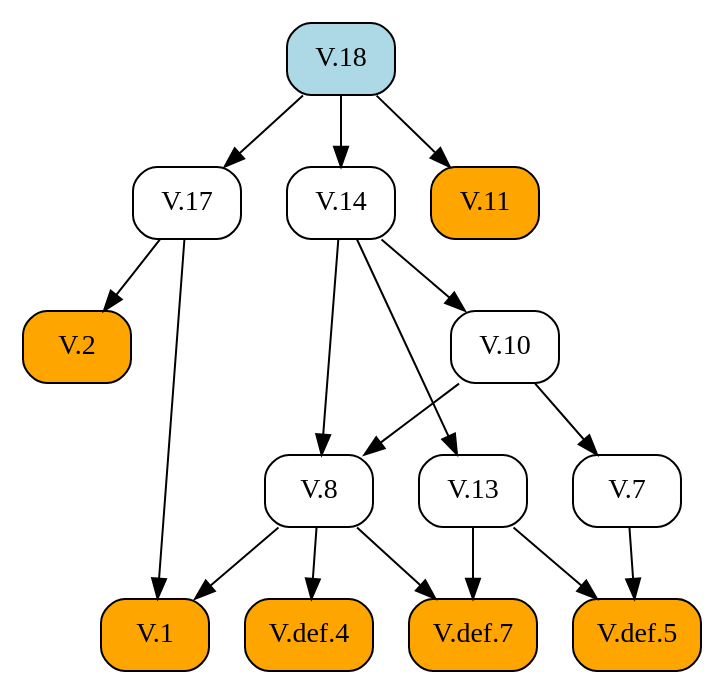
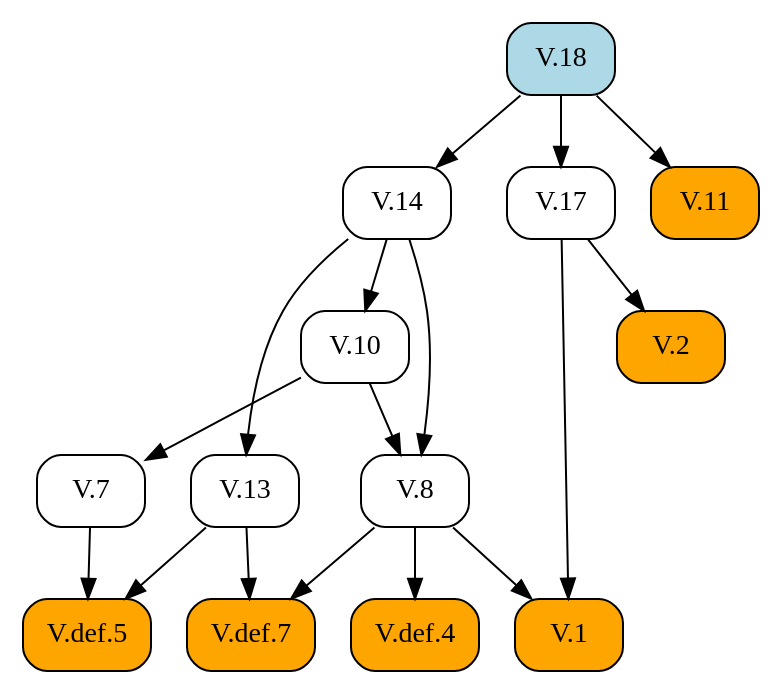
Before and after one commit to geometor/elements: the diagram in docsrc/elements2/V/18/index.rst, drawn with Graphviz. The commit also changed other lines of this file and 171 other files, not shown here.

```diff
--- a/docsrc/elements2/V/18/index.rst
+++ b/docsrc/elements2/V/18/index.rst
@@ -70,35 +70,35 @@
 .. graphviz::
 
    digraph {
      rankdir="TB";
      node [shape=box, style=rounded];
-     "V.1" [style="rounded,filled", fillcolor=orange, URL="/elements2/V/1/", target="_top"];
-     "V.11" [style="rounded,filled", fillcolor=orange, URL="/elements2/V/11/", target="_top"];
+     "V.14" [URL="/elements2/V/14/", target="_top"];
+     "V.7" [URL="/elements2/V/7/", target="_top"];
      "V.10" [URL="/elements2/V/10/", target="_top"];
-     "V.7" [URL="/elements2/V/7/", target="_top"];
-     "V.17" [URL="/elements2/V/17/", target="_top"];
-     "V.8" [URL="/elements2/V/8/", target="_top"];
-     "V.2" [style="rounded,filled", fillcolor=orange, URL="/elements2/V/2/", target="_top"];
-     "V.14" [URL="/elements2/V/14/", target="_top"];
      "V.18" [style="rounded,filled", fillcolor=lightblue, URL="/elements2/V/18/", target="_top"];
      "V.def.5" [style="rounded,filled", fillcolor=orange, URL="/elements2/V/def.5/", target="_top"];
+     "V.8" [URL="/elements2/V/8/", target="_top"];
+     "V.def.4" [style="rounded,filled", fillcolor=orange, URL="/elements2/V/def.4/", target="_top"];
      "V.def.7" [style="rounded,filled", fillcolor=orange, URL="/elements2/V/def.7/", target="_top"];
-     "V.def.4" [style="rounded,filled", fillcolor=orange, URL="/elements2/V/def.4/", target="_top"];
+     "V.2" [style="rounded,filled", fillcolor=orange, URL="/elements2/V/2/", target="_top"];
+     "V.1" [style="rounded,filled", fillcolor=orange, URL="/elements2/V/1/", target="_top"];
      "V.13" [URL="/elements2/V/13/", target="_top"];
+     "V.11" [style="rounded,filled", fillcolor=orange, URL="/elements2/V/11/", target="_top"];
+     "V.17" [URL="/elements2/V/17/", target="_top"];
+     "V.18" -> "V.14";
+     "V.10" -> "V.7";
+     "V.14" -> "V.10";
+     "V.7" -> "V.def.5";
+     "V.13" -> "V.def.5";
+     "V.10" -> "V.8";
+     "V.14" -> "V.8";
+     "V.8" -> "V.def.4";
+     "V.8" -> "V.def.7";
+     "V.13" -> "V.def.7";
+     "V.17" -> "V.2";
      "V.8" -> "V.1";
      "V.17" -> "V.1";
+     "V.14" -> "V.13";
      "V.18" -> "V.11";
-     "V.14" -> "V.10";
-     "V.10" -> "V.7";
      "V.18" -> "V.17";
-     "V.10" -> "V.8";
-     "V.14" -> "V.8";
-     "V.17" -> "V.2";
-     "V.18" -> "V.14";
-     "V.7" -> "V.def.5";
-     "V.13" -> "V.def.5";
-     "V.8" -> "V.def.7";
-     "V.13" -> "V.def.7";
-     "V.8" -> "V.def.4";
-     "V.14" -> "V.13";
    }
```
